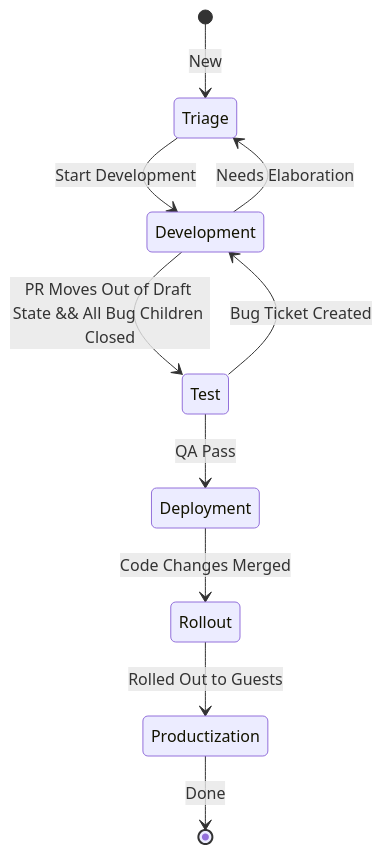
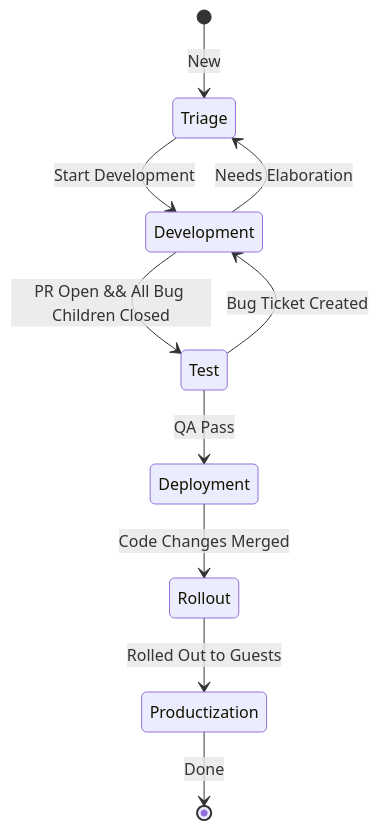
Before and after one commit to NyanHelsing/nyanhelsing.github.io: the diagram in workflow.md, drawn with Mermaid.

````diff
--- a/workflow.md
+++ b/workflow.md
@@ -9,13 +9,13 @@
 ```mermaid
 stateDiagram-v2
     [*] --> Triage: New
     Triage --> Development: Start Development
     Development --> Triage: Needs Elaboration
-    Development --> Test: PR Moves Out of Draft State && All Bug Children Closed
+    Development --> Test: PR Open && All Bug Children Closed
     Test --> Development: Bug Ticket Created
     Test --> Deployment: QA Pass
     Deployment --> Rollout: Code Changes Merged
     Rollout --> Productization: Rolled Out to Guests
     Productization --> [*]: Done
     
 ```
````
